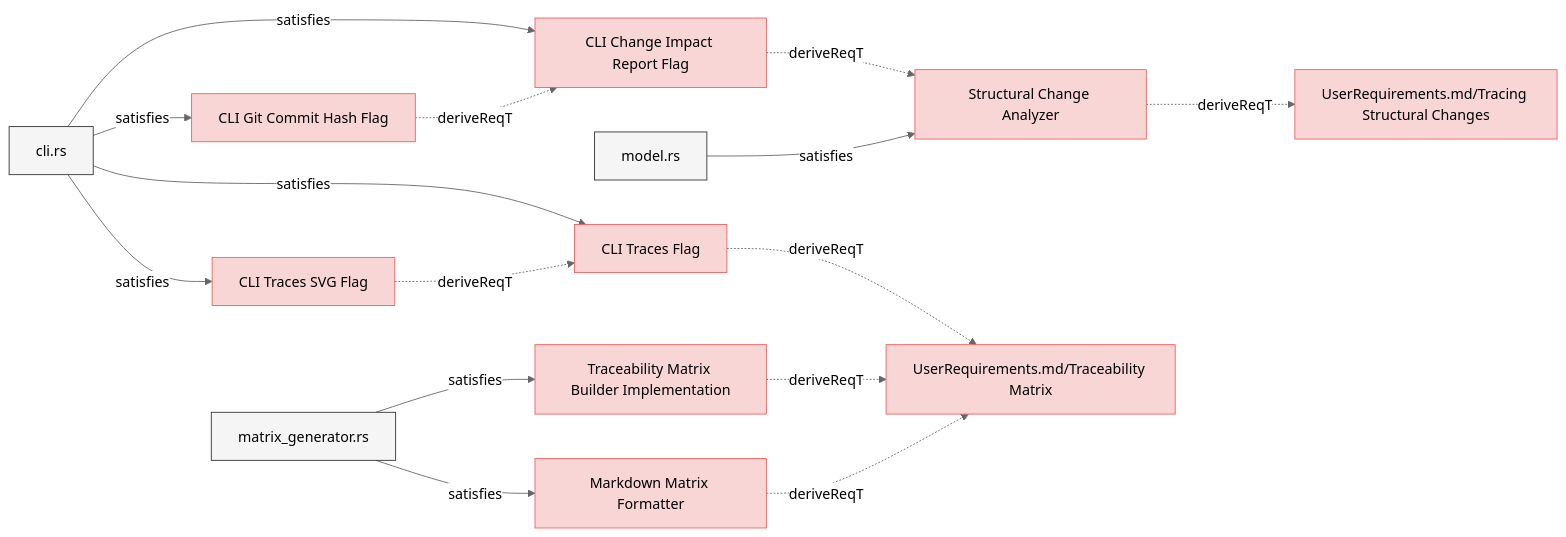
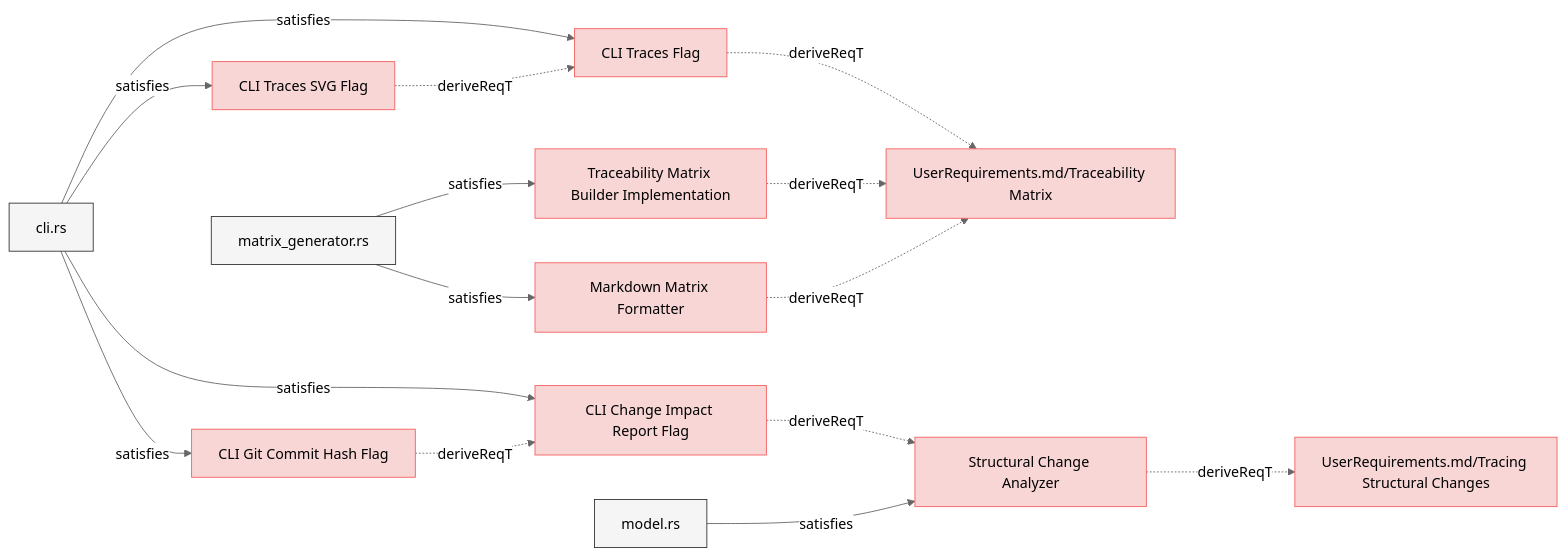
The sixth of 8 diagrams in specifications/SystemRequirements/Requirements.md (reqvire-org/reqvire), drawn with Mermaid (neutral theme) before and after one commit. The commit also changed other lines of this file and 16 other files, not shown here.

````diff
--- a/specifications/SystemRequirements/Requirements.md
+++ b/specifications/SystemRequirements/Requirements.md
@@ -728,59 +728,59 @@
 ```mermaid
 graph LR;
   %% Graph styling
   classDef requirement fill:#f9d6d6,stroke:#f55f5f,stroke-width:1px;
   classDef verification fill:#d6f9d6,stroke:#5fd75f,stroke-width:1px;
   classDef externalLink fill:#d0e0ff,stroke:#3080ff,stroke-width:1px;
   classDef default fill:#f5f5f5,stroke:#333333,stroke-width:1px;
 
+  cdab2d3174ce86a9["CLI Traces Flag"];
+  click cdab2d3174ce86a9 "https://github.com/Reqvire/reqvire/blob/30536324899084e88969175e3613c971ffa6e108/specifications/SystemRequirements/Requirements.md#cli-traces-flag";
+  class cdab2d3174ce86a9 requirement;
+  c5b8a7944b6943e2["UserRequirements.md/Traceability Matrix"];
+  class c5b8a7944b6943e2 requirement;
+  click c5b8a7944b6943e2 "https://github.com/Reqvire/reqvire/blob/30536324899084e88969175e3613c971ffa6e108/specifications/UserRequirements.md#traceability-matrix";
+  cdab2d3174ce86a9 -.->|deriveReqT| c5b8a7944b6943e2;
+  2f21d2133dbfd205["cli.rs"];
+  class 2f21d2133dbfd205 default;
+  click 2f21d2133dbfd205 "https://github.com/Reqvire/reqvire/blob/30536324899084e88969175e3613c971ffa6e108/cli/src/cli.rs";
+  2f21d2133dbfd205 -->|satisfies| cdab2d3174ce86a9;
+  a8066f495e5ed5dd["Traceability Matrix Builder Implementation"];
+  click a8066f495e5ed5dd "https://github.com/Reqvire/reqvire/blob/30536324899084e88969175e3613c971ffa6e108/specifications/SystemRequirements/Requirements.md#traceability-matrix-builder-implementation";
+  class a8066f495e5ed5dd requirement;
+  a8066f495e5ed5dd -.->|deriveReqT| c5b8a7944b6943e2;
+  4966ff561112ec56["matrix_generator.rs"];
+  class 4966ff561112ec56 default;
+  click 4966ff561112ec56 "https://github.com/Reqvire/reqvire/blob/30536324899084e88969175e3613c971ffa6e108/core/src/matrix_generator.rs";
+  4966ff561112ec56 -->|satisfies| a8066f495e5ed5dd;
+  a0943a440707d910["CLI Traces SVG Flag"];
+  click a0943a440707d910 "https://github.com/Reqvire/reqvire/blob/30536324899084e88969175e3613c971ffa6e108/specifications/SystemRequirements/Requirements.md#cli-traces-svg-flag";
+  class a0943a440707d910 requirement;
+  a0943a440707d910 -.->|deriveReqT| cdab2d3174ce86a9;
+  2f21d2133dbfd205 -->|satisfies| a0943a440707d910;
+  3b2f98c43f1ed3bb["Markdown Matrix Formatter"];
+  click 3b2f98c43f1ed3bb "https://github.com/Reqvire/reqvire/blob/30536324899084e88969175e3613c971ffa6e108/specifications/SystemRequirements/Requirements.md#markdown-matrix-formatter";
+  class 3b2f98c43f1ed3bb requirement;
+  3b2f98c43f1ed3bb -.->|deriveReqT| c5b8a7944b6943e2;
+  4966ff561112ec56 -->|satisfies| 3b2f98c43f1ed3bb;
   c020978403254f09["CLI Change Impact Report Flag"];
-  click c020978403254f09 "https://github.com/Reqvire/reqvire/blob/92e82ef235559b4819fd85d700024b79b452d8e3/specifications/SystemRequirements/Requirements.md#cli-change-impact-report-flag";
+  click c020978403254f09 "https://github.com/Reqvire/reqvire/blob/30536324899084e88969175e3613c971ffa6e108/specifications/SystemRequirements/Requirements.md#cli-change-impact-report-flag";
   class c020978403254f09 requirement;
   48e08ff33bc860c5["Structural Change Analyzer"];
   class 48e08ff33bc860c5 requirement;
-  click 48e08ff33bc860c5 "https://github.com/Reqvire/reqvire/blob/92e82ef235559b4819fd85d700024b79b452d8e3/specifications/SystemRequirements/Requirements.md#structural-change-analyzer";
+  click 48e08ff33bc860c5 "https://github.com/Reqvire/reqvire/blob/30536324899084e88969175e3613c971ffa6e108/specifications/SystemRequirements/Requirements.md#structural-change-analyzer";
   c020978403254f09 -.->|deriveReqT| 48e08ff33bc860c5;
-  2f21d2133dbfd205["cli.rs"];
-  class 2f21d2133dbfd205 default;
-  click 2f21d2133dbfd205 "https://github.com/Reqvire/reqvire/blob/92e82ef235559b4819fd85d700024b79b452d8e3/cli/src/cli.rs";
   2f21d2133dbfd205 -->|satisfies| c020978403254f09;
-  cdab2d3174ce86a9["CLI Traces Flag"];
-  click cdab2d3174ce86a9 "https://github.com/Reqvire/reqvire/blob/92e82ef235559b4819fd85d700024b79b452d8e3/specifications/SystemRequirements/Requirements.md#cli-traces-flag";
-  class cdab2d3174ce86a9 requirement;
-  c5b8a7944b6943e2["UserRequirements.md/Traceability Matrix"];
-  class c5b8a7944b6943e2 requirement;
-  click c5b8a7944b6943e2 "https://github.com/Reqvire/reqvire/blob/92e82ef235559b4819fd85d700024b79b452d8e3/specifications/UserRequirements.md#traceability-matrix";
-  cdab2d3174ce86a9 -.->|deriveReqT| c5b8a7944b6943e2;
-  2f21d2133dbfd205 -->|satisfies| cdab2d3174ce86a9;
-  a0943a440707d910["CLI Traces SVG Flag"];
-  click a0943a440707d910 "https://github.com/Reqvire/reqvire/blob/92e82ef235559b4819fd85d700024b79b452d8e3/specifications/SystemRequirements/Requirements.md#cli-traces-svg-flag";
-  class a0943a440707d910 requirement;
-  a0943a440707d910 -.->|deriveReqT| cdab2d3174ce86a9;
-  2f21d2133dbfd205 -->|satisfies| a0943a440707d910;
   79259d512a5c44a6["CLI Git Commit Hash Flag"];
-  click 79259d512a5c44a6 "https://github.com/Reqvire/reqvire/blob/92e82ef235559b4819fd85d700024b79b452d8e3/specifications/SystemRequirements/Requirements.md#cli-git-commit-hash-flag";
+  click 79259d512a5c44a6 "https://github.com/Reqvire/reqvire/blob/30536324899084e88969175e3613c971ffa6e108/specifications/SystemRequirements/Requirements.md#cli-git-commit-hash-flag";
   class 79259d512a5c44a6 requirement;
   79259d512a5c44a6 -.->|deriveReqT| c020978403254f09;
   2f21d2133dbfd205 -->|satisfies| 79259d512a5c44a6;
   9b9c33c7182d6eeb["UserRequirements.md/Tracing Structural Changes"];
   class 9b9c33c7182d6eeb requirement;
-  click 9b9c33c7182d6eeb "https://github.com/Reqvire/reqvire/blob/92e82ef235559b4819fd85d700024b79b452d8e3/specifications/UserRequirements.md#tracing-structural-changes";
+  click 9b9c33c7182d6eeb "https://github.com/Reqvire/reqvire/blob/30536324899084e88969175e3613c971ffa6e108/specifications/UserRequirements.md#tracing-structural-changes";
   48e08ff33bc860c5 -.->|deriveReqT| 9b9c33c7182d6eeb;
   76acbdfdc0fba01e["model.rs"];
   class 76acbdfdc0fba01e default;
-  click 76acbdfdc0fba01e "https://github.com/Reqvire/reqvire/blob/92e82ef235559b4819fd85d700024b79b452d8e3/core/src/change_impact.rs";
+  click 76acbdfdc0fba01e "https://github.com/Reqvire/reqvire/blob/30536324899084e88969175e3613c971ffa6e108/core/src/change_impact.rs";
   76acbdfdc0fba01e -->|satisfies| 48e08ff33bc860c5;
-  a8066f495e5ed5dd["Traceability Matrix Builder Implementation"];
-  click a8066f495e5ed5dd "https://github.com/Reqvire/reqvire/blob/92e82ef235559b4819fd85d700024b79b452d8e3/specifications/SystemRequirements/Requirements.md#traceability-matrix-builder-implementation";
-  class a8066f495e5ed5dd requirement;
-  a8066f495e5ed5dd -.->|deriveReqT| c5b8a7944b6943e2;
-  4966ff561112ec56["matrix_generator.rs"];
-  class 4966ff561112ec56 default;
-  click 4966ff561112ec56 "https://github.com/Reqvire/reqvire/blob/92e82ef235559b4819fd85d700024b79b452d8e3/core/src/matrix_generator.rs";
-  4966ff561112ec56 -->|satisfies| a8066f495e5ed5dd;
-  3b2f98c43f1ed3bb["Markdown Matrix Formatter"];
-  click 3b2f98c43f1ed3bb "https://github.com/Reqvire/reqvire/blob/92e82ef235559b4819fd85d700024b79b452d8e3/specifications/SystemRequirements/Requirements.md#markdown-matrix-formatter";
-  class 3b2f98c43f1ed3bb requirement;
-  3b2f98c43f1ed3bb -.->|deriveReqT| c5b8a7944b6943e2;
-  4966ff561112ec56 -->|satisfies| 3b2f98c43f1ed3bb;
 ```
````
